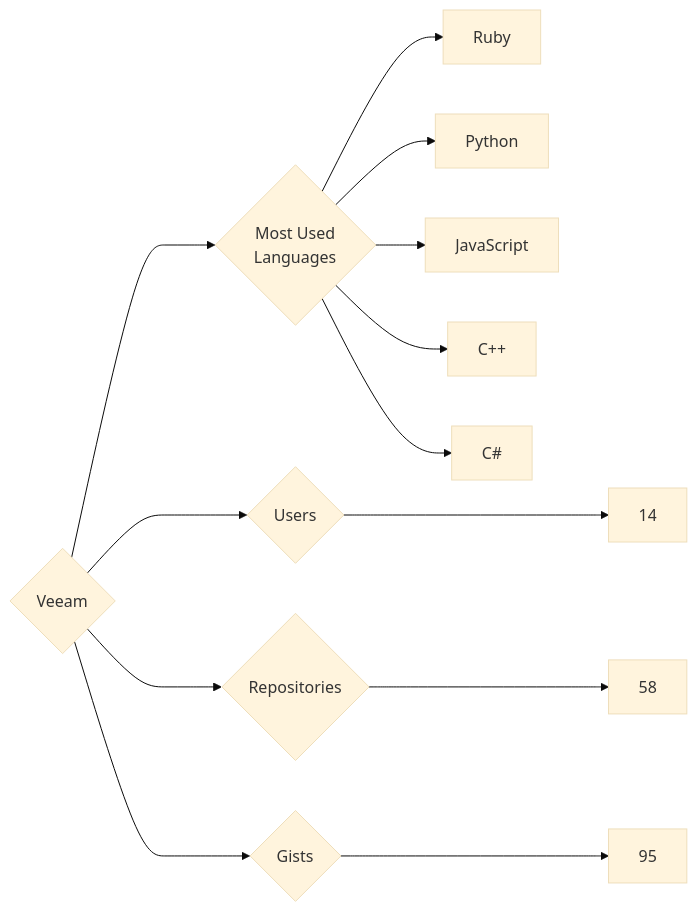
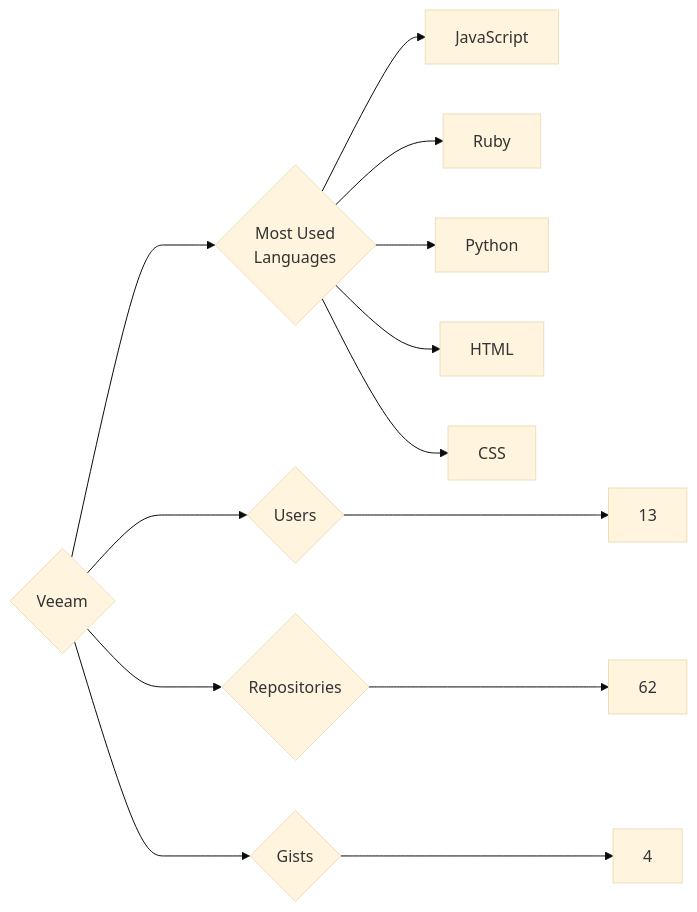
One commit to trickest/insiders changed the diagram in targets/Veeam/README.md. Above: the diagram before and after it, drawn with Mermaid (base theme). The commit also changed 995 other files, not shown here.

````diff
--- a/targets/Veeam/README.md
+++ b/targets/Veeam/README.md
@@ -3,13 +3,13 @@
 ```mermaid
 graph LR
 COMPANY_NAME{Veeam}
-COMPANY_NAME ---> U{Users} ---> UN[14]
-COMPANY_NAME ---> R{Repositories} ---> RN[58]
-COMPANY_NAME ---> G{Gists} ---> GN[95]
+COMPANY_NAME ---> U{Users} ---> UN[13]
+COMPANY_NAME ---> R{Repositories} ---> RN[62]
+COMPANY_NAME ---> G{Gists} ---> GN[4]
 COMPANY_NAME ---> ML{Most Used<br>Languages}
+ML --> JavaScript[JavaScript]
 ML --> Ruby[Ruby]
 ML --> Python[Python]
-ML --> JavaScript[JavaScript]
-ML --> C++[C++]
-ML --> C#[C#]
+ML --> HTML[HTML]
+ML --> CSS[CSS]
 ```
````
